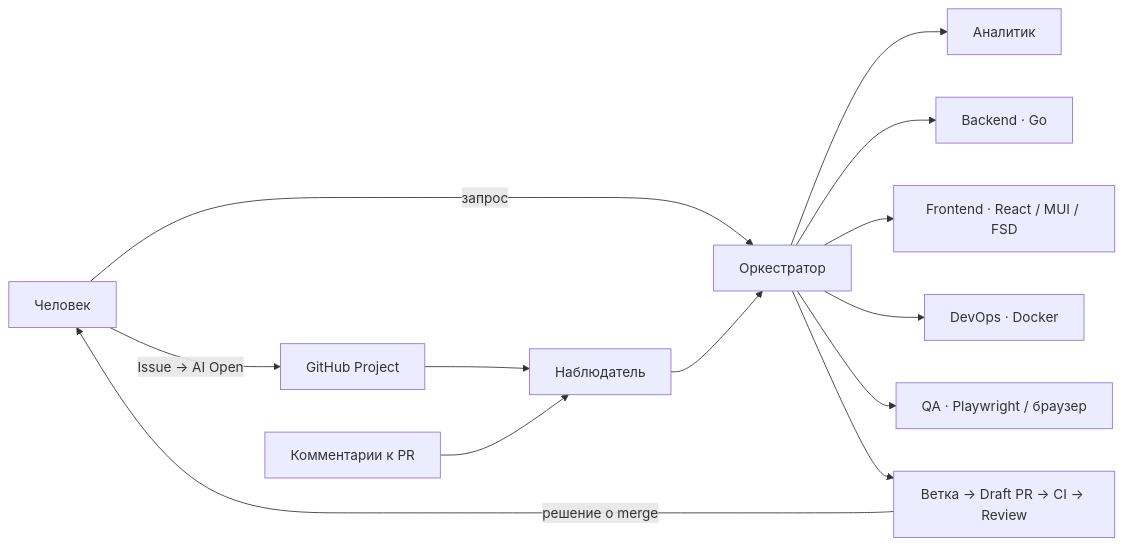
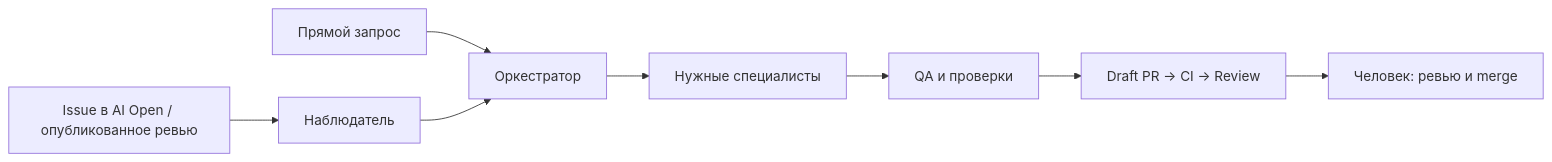
One commit to maestrolix/ai-team-harness-sandbox changed the diagram in README.md. Above: the diagram before and after it, drawn with Mermaid. The commit also changed other lines of this file and 3 other files, not shown here.

````diff
--- a/README.md
+++ b/README.md
@@ -7,15 +104,10 @@
 ```mermaid
 flowchart LR
-  U[Человек] -->|запрос| O[Оркестратор]
-  U -->|Issue → AI Open| G[GitHub Project]
-  G --> W[Наблюдатель]
-  C[Комментарии к PR] --> W
+  U[Прямой запрос] --> O[Оркестратор]
+  G[Issue в AI Open / опубликованное ревью] --> W[Наблюдатель]
   W --> O
-  O --> A[Аналитик]
-  O --> B[Backend · Go]
-  O --> F[Frontend · React / MUI / FSD]
-  O --> D[DevOps · Docker]
-  O --> Q[QA · Playwright / браузер]
-  O --> P[Ветка → Draft PR → CI → Review]
-  P -->|решение о merge| U
+  O --> S[Нужные специалисты]
+  S --> Q[QA и проверки]
+  Q --> P[Draft PR → CI → Review]
+  P --> H[Человек: ревью и merge]
 ```
````
